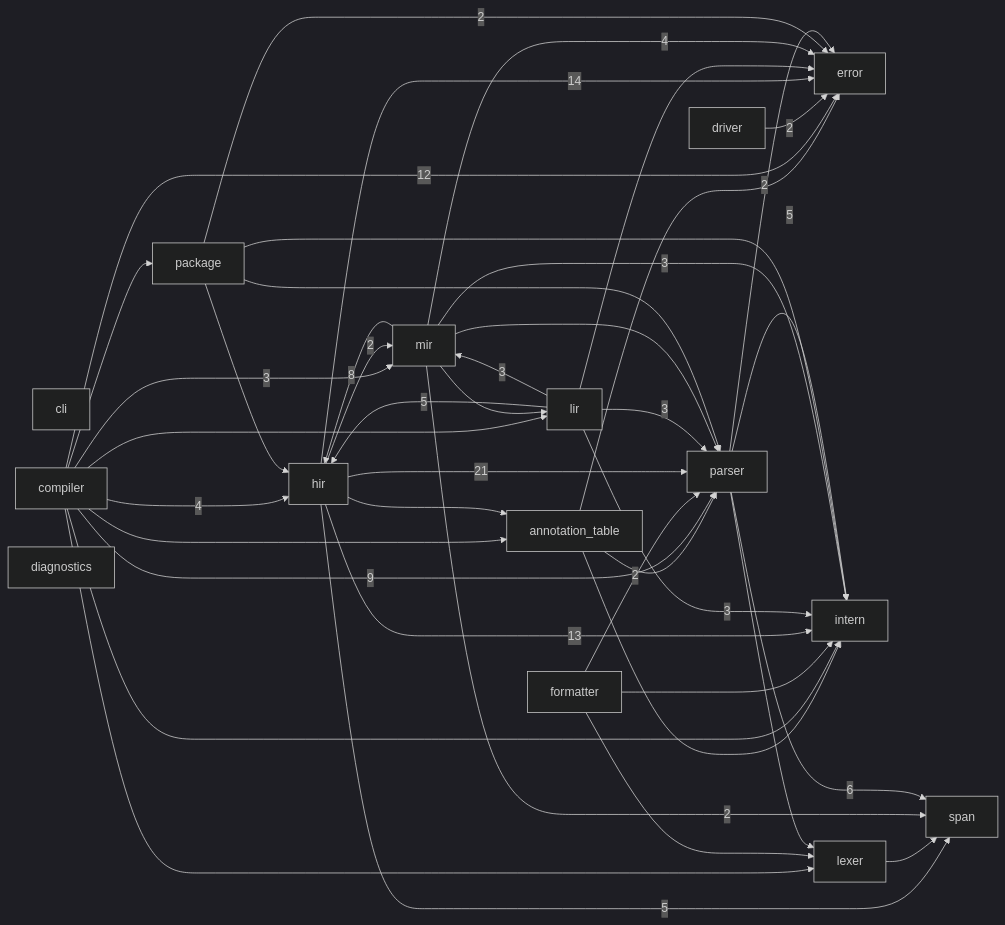
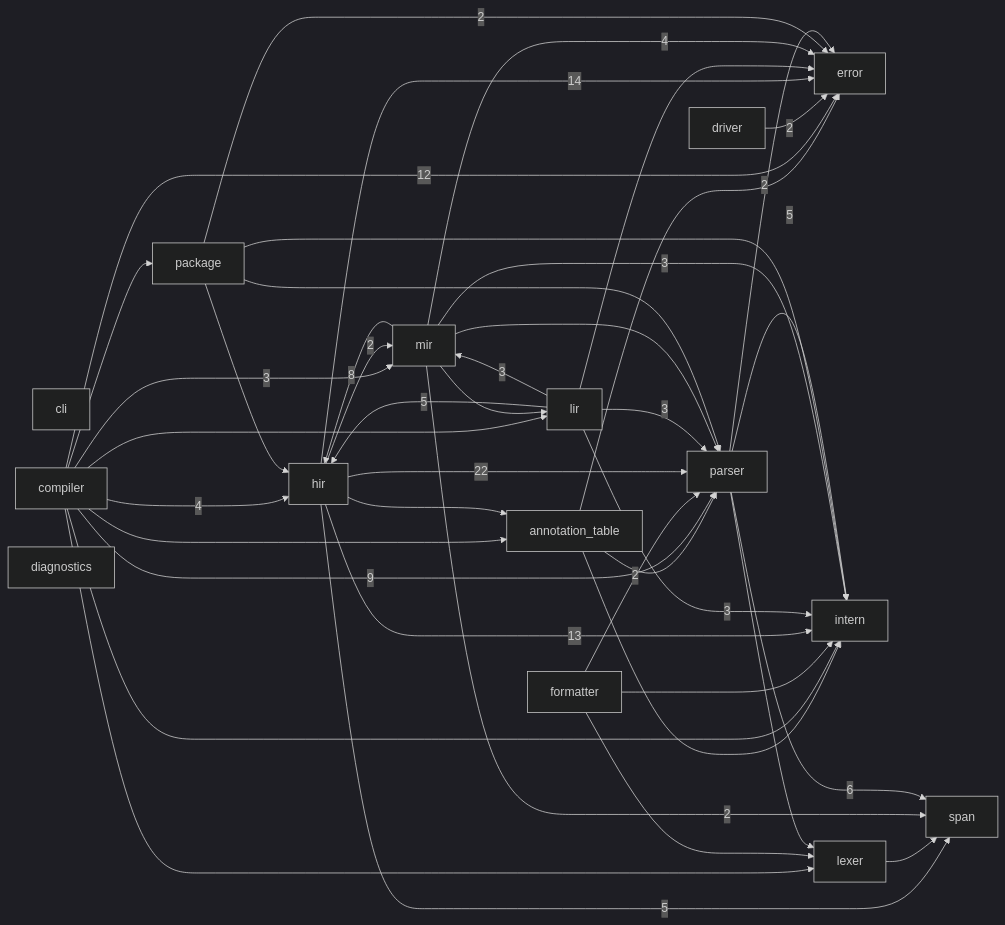
Before and after one commit to ayanami1ei/Ayanami-language: the diagram in docs/module-graph.md, drawn with Mermaid (dark theme). The commit also changed other lines of this file and 16 other files, not shown here.

````diff
--- a/docs/module-graph.md
+++ b/docs/module-graph.md
@@ -6,60 +6,60 @@
 ```mermaid
 graph LR
     annotation_table
     cli
     compiler
     diagnostics
     driver
     error
     formatter
     hir
     intern
     lexer
     lir
     mir
     package
     parser
     span
     annotation_table --> error
     annotation_table --> intern
     annotation_table --> parser
     compiler --> annotation_table
     compiler -->|12| error
     compiler -->|4| hir
     compiler --> intern
     compiler --> lexer
     compiler --> lir
     compiler -->|3| mir
     compiler --> package
     compiler -->|9| parser
     driver -->|2| error
     formatter --> intern
     formatter --> lexer
     formatter -->|2| parser
     hir --> annotation_table
     hir -->|14| error
     hir -->|13| intern
     hir -->|2| mir
-    hir -->|21| parser
+    hir -->|22| parser
     hir -->|5| span
     lexer --> span
     lir --> error
     lir -->|5| hir
     lir -->|3| intern
     lir -->|3| mir
     lir -->|3| parser
     mir -->|4| error
     mir -->|8| hir
     mir -->|3| intern
     mir --> lir
     mir --> parser
     mir -->|2| span
     package -->|2| error
     package --> hir
     package --> intern
     package --> parser
     parser -->|2| error
     parser -->|5| intern
     parser --> lexer
     parser -->|6| span
 ```
````
